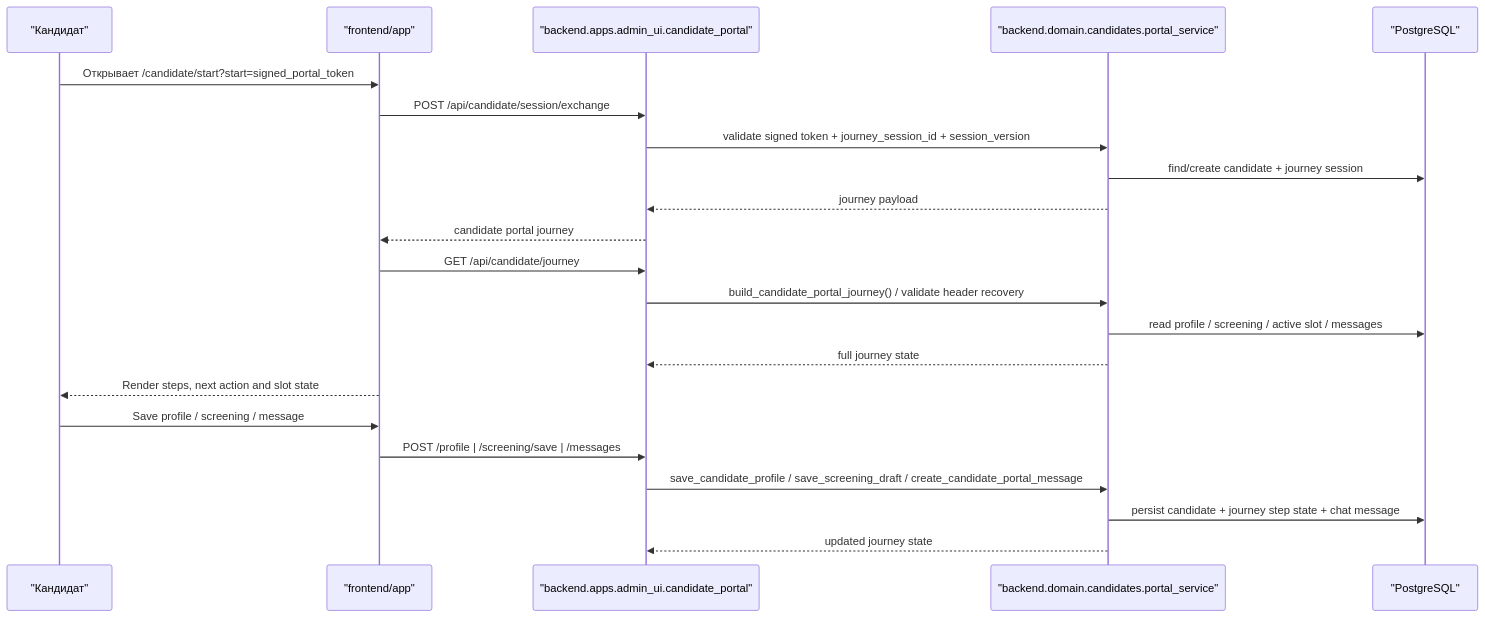
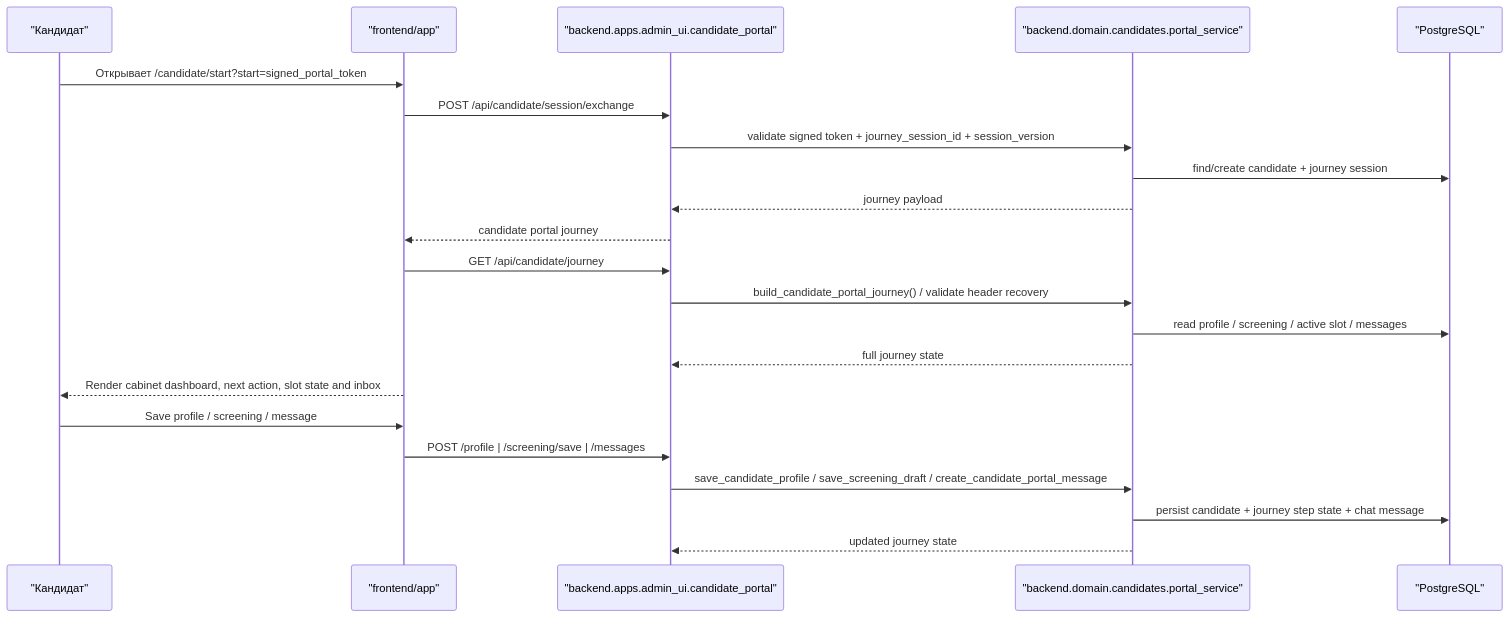
One commit to padka/HR changed the first of 12 diagrams in docs/architecture/core-workflows.md. Above: the diagram before and after it, drawn with Mermaid. The commit also changed other lines of this file and 17 other files, not shown here.

````diff
--- a/docs/architecture/core-workflows.md
+++ b/docs/architecture/core-workflows.md
@@ -42,25 +42,25 @@
 ```mermaid
 sequenceDiagram
     participant C as "Кандидат"
     participant UI as "frontend/app"
     participant UIAPI as "backend.apps.admin_ui.candidate_portal"
     participant DOM as "backend.domain.candidates.portal_service"
     participant DB as "PostgreSQL"
 
     C->>UI: Открывает /candidate/start?start=signed_portal_token
     UI->>UIAPI: POST /api/candidate/session/exchange
     UIAPI->>DOM: validate signed token + journey_session_id + session_version
     DOM->>DB: find/create candidate + journey session
     DOM-->>UIAPI: journey payload
     UIAPI-->>UI: candidate portal journey
     UI->>UIAPI: GET /api/candidate/journey
     UIAPI->>DOM: build_candidate_portal_journey() / validate header recovery
     DOM->>DB: read profile / screening / active slot / messages
     DOM-->>UIAPI: full journey state
-    UI-->>C: Render steps, next action and slot state
+    UI-->>C: Render cabinet dashboard, next action, slot state and inbox
     C->>UI: Save profile / screening / message
     UI->>UIAPI: POST /profile | /screening/save | /messages
     UIAPI->>DOM: save_candidate_profile / save_screening_draft / create_candidate_portal_message
     DOM->>DB: persist candidate + journey step state + chat message
     DOM-->>UIAPI: updated journey state
 ```
````
